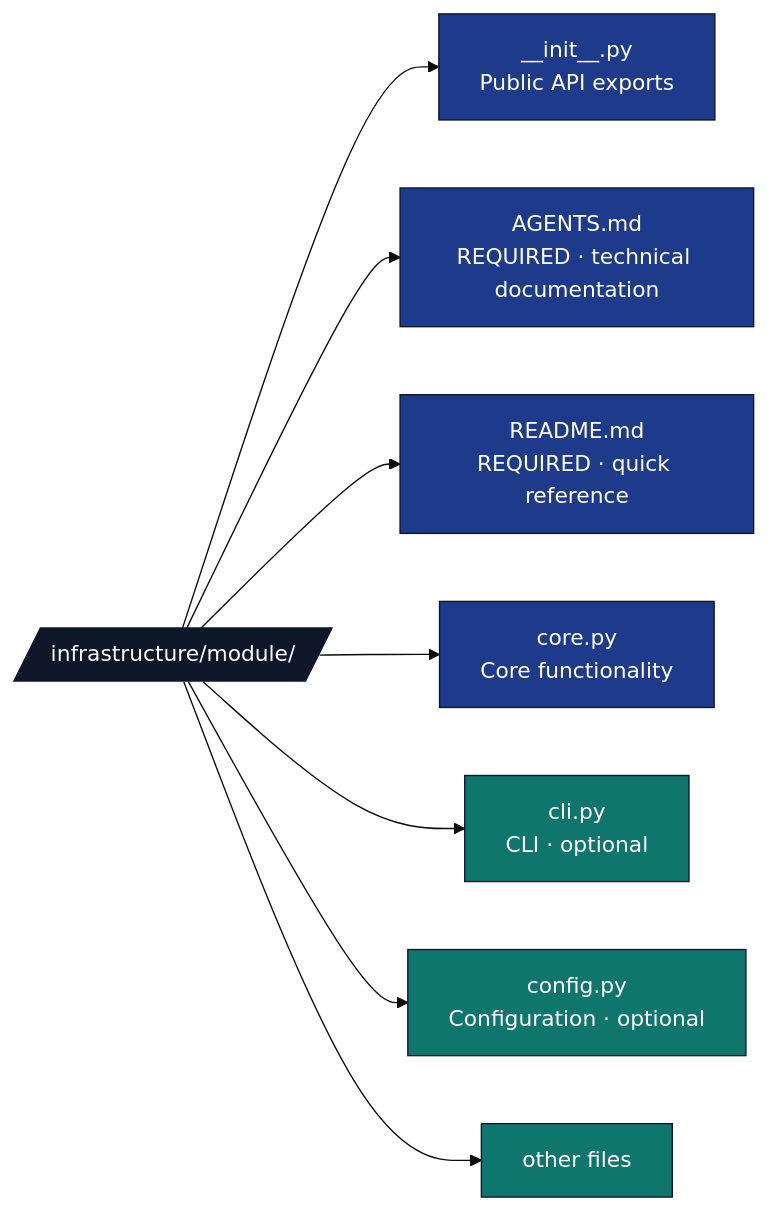
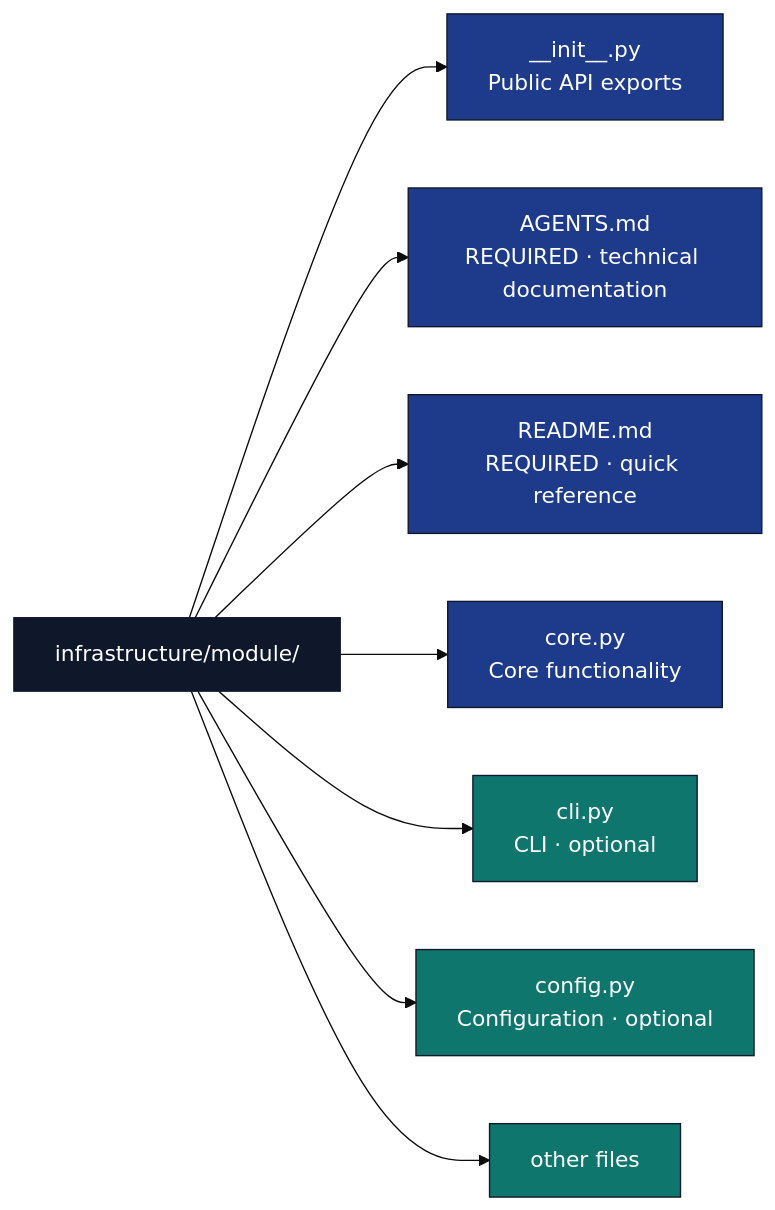
One commit to docxology/template changed the second of 7 diagrams in docs/rules/folder_structure.md. Above: the diagram before and after it, drawn with Mermaid (base theme). The commit also changed other lines of this file and 94 other files, not shown here.

````diff
--- a/docs/rules/folder_structure.md
+++ b/docs/rules/folder_structure.md
@@ -120,18 +120,18 @@
 ```mermaid
 flowchart LR
-    M[/infrastructure/module//]
+    M[infrastructure/module/]
     M --> INIT[__init__.py<br/>Public API exports]
     M --> AG[AGENTS.md<br/>REQUIRED · technical documentation]
     M --> RD[README.md<br/>REQUIRED · quick reference]
     M --> CORE[core.py<br/>Core functionality]
     M --> CLI[cli.py<br/>CLI · optional]
     M --> CFG[config.py<br/>Configuration · optional]
     M --> OTHER[other files]
 
     classDef d fill:#0f172a,stroke:#0f172a,color:#fff
     classDef req fill:#1e3a8a,stroke:#0f172a,color:#fff
     classDef opt fill:#0f766e,stroke:#0f172a,color:#fff
     class M d
     class INIT,AG,RD,CORE req
     class CLI,CFG,OTHER opt
 ```
````
